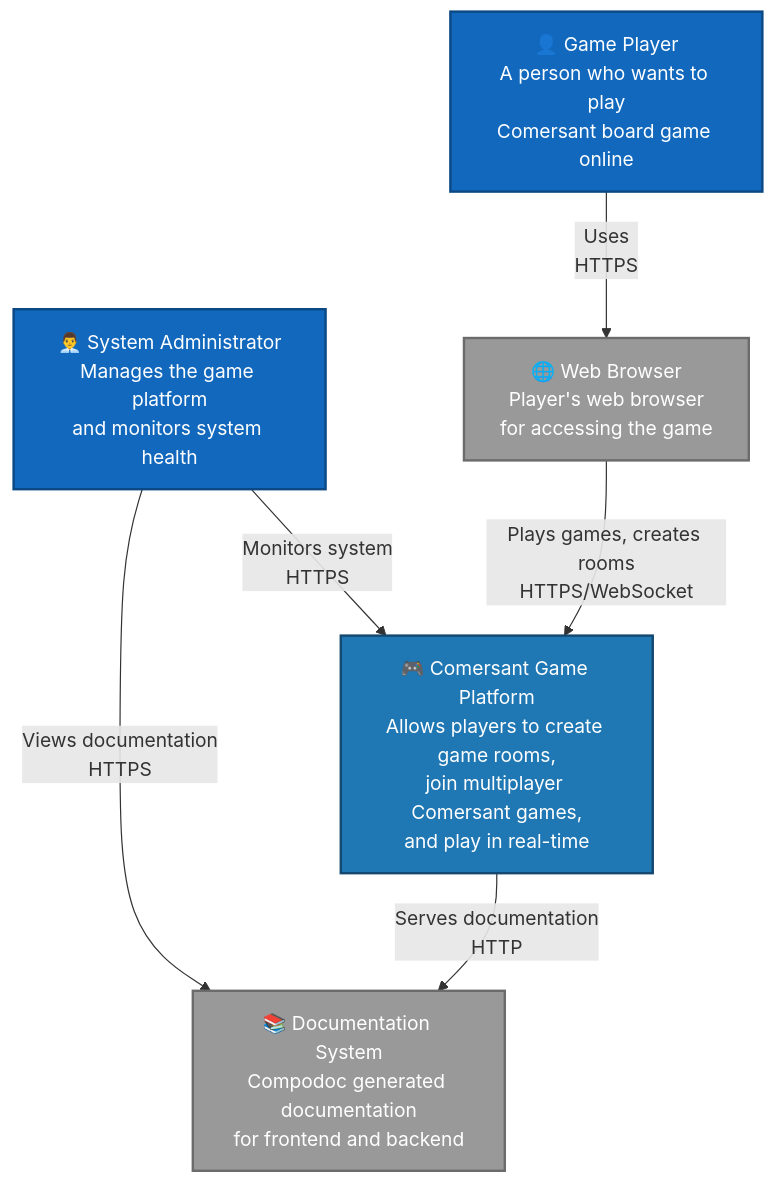
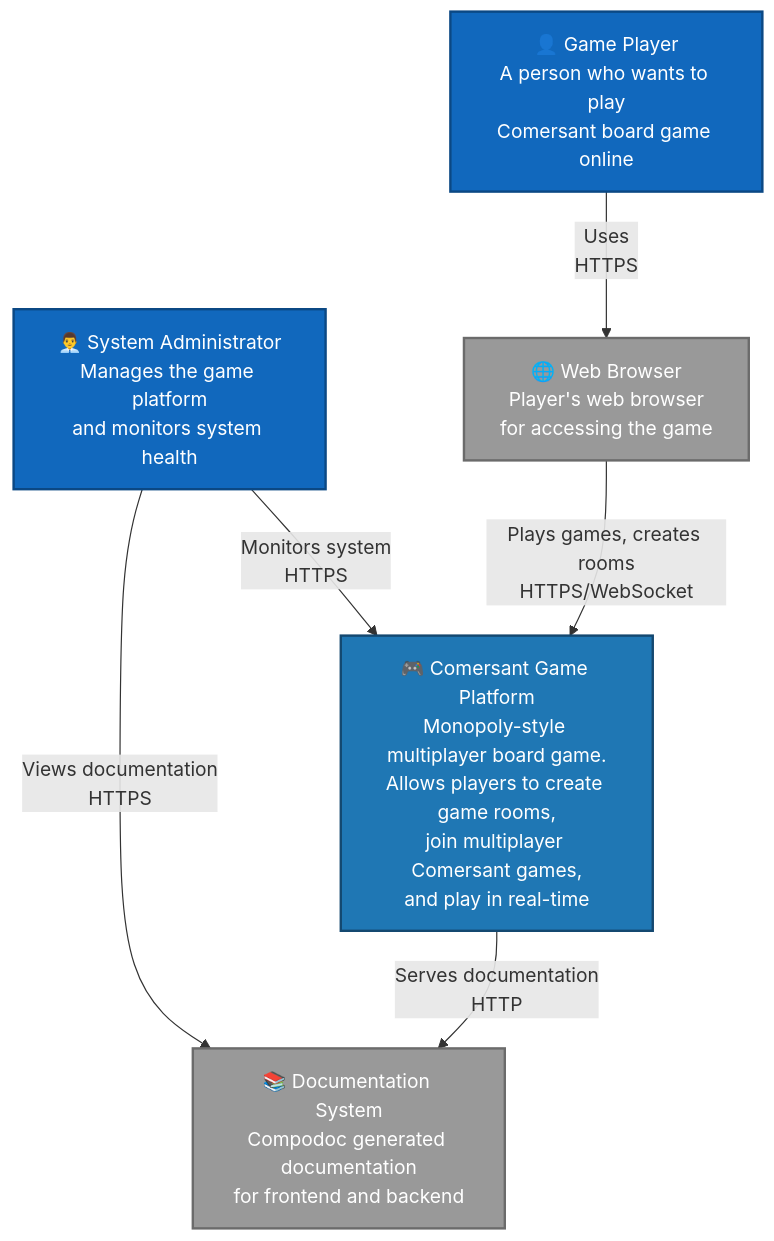
Before and after one commit to senyaak/comersant: the diagram in docs/architecture/01-context.md, drawn with Mermaid. The commit also changed other lines of this file and 11 other files, not shown here.

````diff
--- a/docs/architecture/01-context.md
+++ b/docs/architecture/01-context.md
@@ -3,29 +5,29 @@
 ```mermaid
 graph TB
     %% Actors
     Player["👤 Game Player<br/>A person who wants to play<br/>Comersant board game online"]
     Admin["👨‍💼 System Administrator<br/>Manages the game platform<br/>and monitors system health"]
     
     %% Main System
-    Comersant["🎮 Comersant Game Platform<br/>Allows players to create game rooms,<br/>join multiplayer Comersant games,<br/>and play in real-time"]
+    Comersant["🎮 Comersant Game Platform<br/>Monopoly-style multiplayer board game.<br/>Allows players to create game rooms,<br/>join multiplayer Comersant games,<br/>and play in real-time"]
     
     %% External Systems
     Browser["🌐 Web Browser<br/>Player's web browser<br/>for accessing the game"]
     Docs["📚 Documentation System<br/>Compodoc generated documentation<br/>for frontend and backend"]
     
     %% Relationships
     Player -->|"Uses<br/>HTTPS"| Browser
     Browser -->|"Plays games, creates rooms<br/>HTTPS/WebSocket"| Comersant
     Admin -->|"Views documentation<br/>HTTPS"| Docs
     Admin -->|"Monitors system<br/>HTTPS"| Comersant
     Comersant -->|"Serves documentation<br/>HTTP"| Docs
     
     %% Styling
     classDef person fill:#1168bd,stroke:#0b4884,stroke-width:2px,color:#ffffff
     classDef internalSystem fill:#1f77b4,stroke:#144870,stroke-width:2px,color:#ffffff
     classDef externalSystem fill:#999999,stroke:#6b6b6b,stroke-width:2px,color:#ffffff
     
     class Player,Admin person
     class Comersant internalSystem
     class Browser,Docs externalSystem
 ```
````
